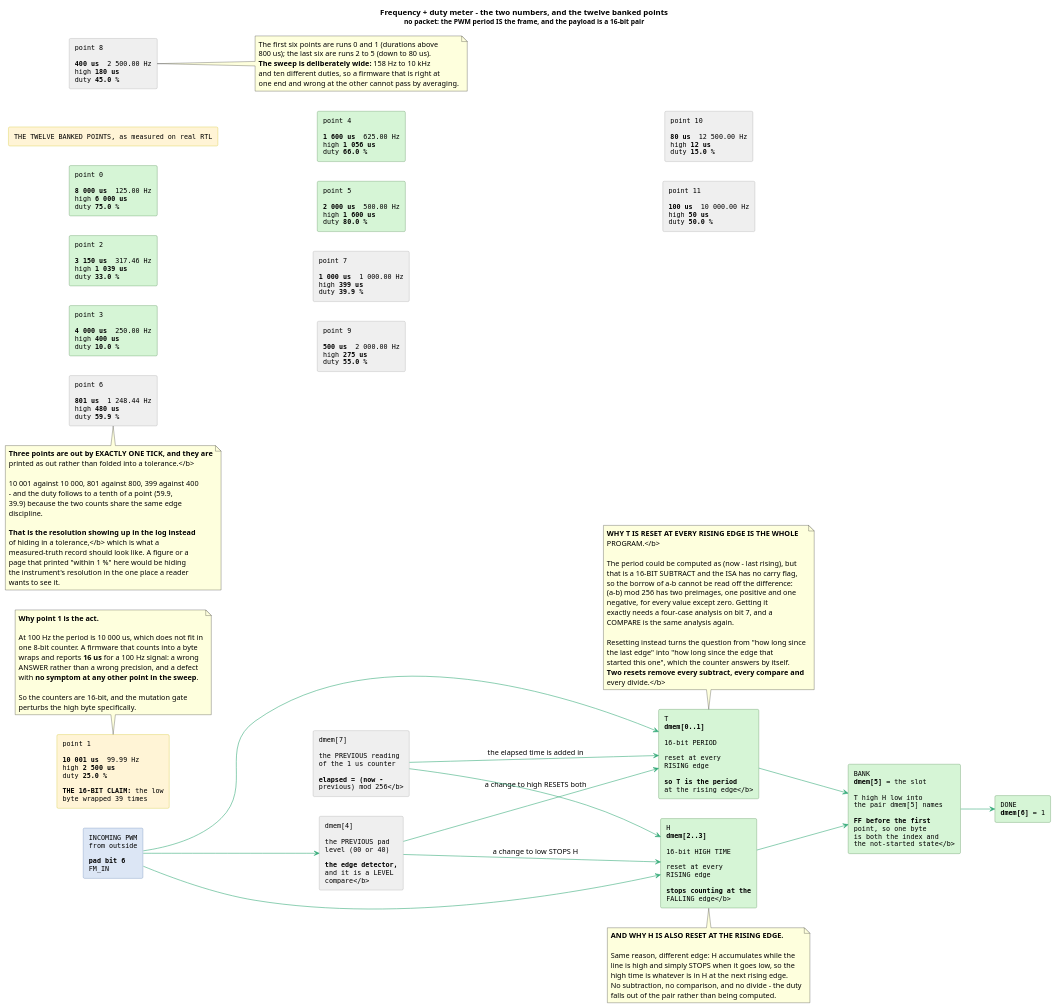
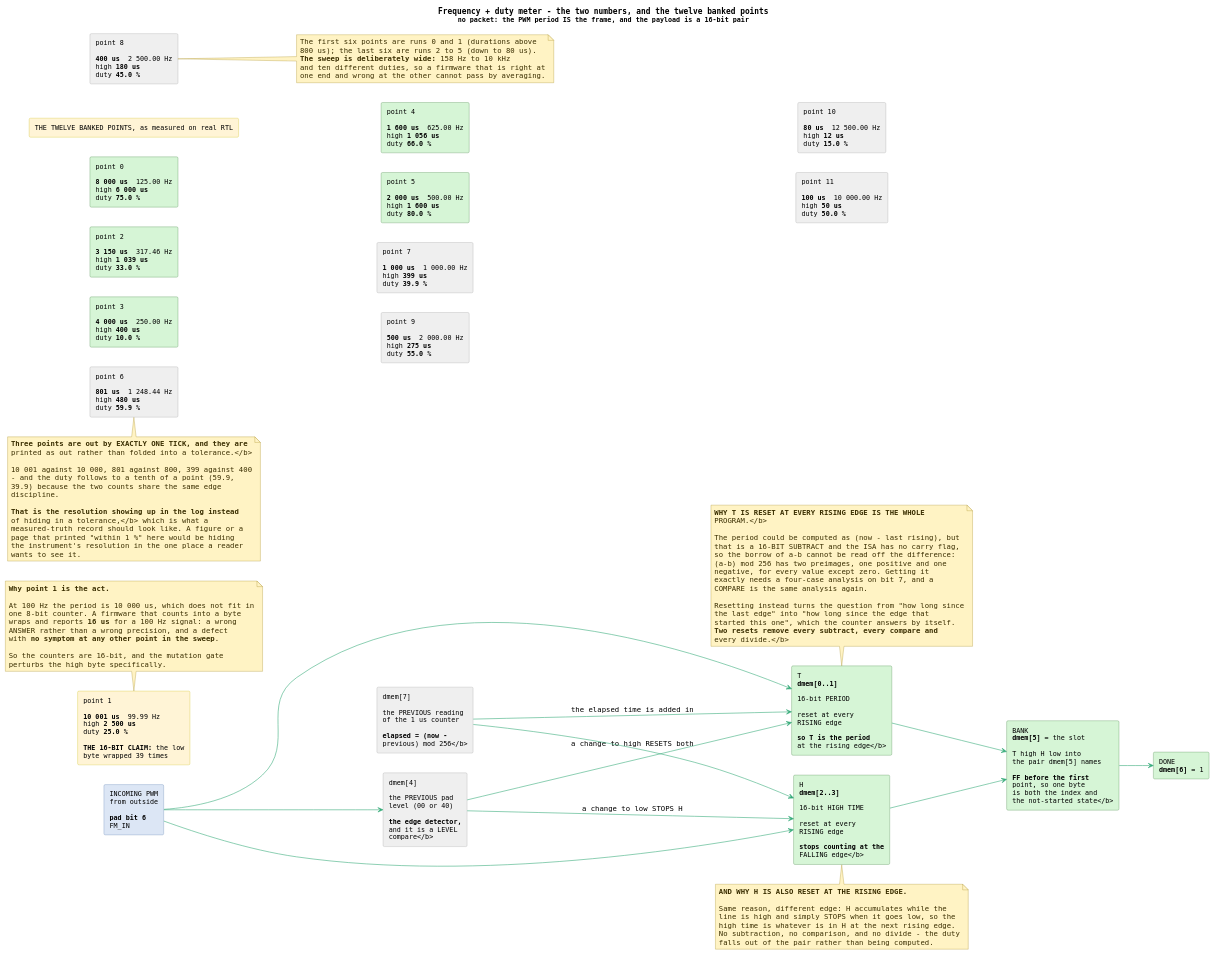
One commit to smprather/janestreet-blog-serial-protocol-emulator changed the diagram in diagrams/proto-freqmeter-frame.puml. Above: the diagram before and after it, drawn with PlantUML. The commit also changed 39 other files, not shown here.

First line of the commit message:
diagrams: close the #33555 class in the four families that merged AFTER the fix

```diff
--- a/diagrams/proto-freqmeter-frame.puml
+++ b/diagrams/proto-freqmeter-frame.puml
@@ -1,143 +1,147 @@
 @startuml proto-freqmeter-frame
+skinparam NoteBackgroundColor #FFF3C4
+skinparam NoteBorderColor #9A7B0A
+skinparam NoteFontColor #3A2E00
 ' ===========================================================================
 ' proto-freqmeter-frame.puml - (b) what a "frame" is here, and the dmem map.
 '
 ' There is no packet in this act, and drawing one would be the wrong picture.
 ' The incoming PWM IS the frame: a period with a high time inside it, and the
 ' only payload is the pair of 16-bit numbers the firmware recovers from it. So
 ' the breakout worth drawing is (1) the two numbers and where they live, and
 ' (2) the twelve banked points, because the 16-bit claim is only visible when
 ' the points are laid out together.
 ' ===========================================================================
 
 title Frequency + duty meter - the two numbers, and the twelve banked points\n<font size=12>no packet: the PWM period IS the frame, and the payload is a 16-bit pair</font>
+skinparam defaultFontName Monospaced
 
 left to right direction
 hide empty description
 hide stereotype
 skinparam shadowing false
 skinparam rectangle {
-  BorderColor #33555
+  BorderColor #4A6FA5
   FontName monospaced
   FontSize 12
 }
 skinparam rectangle<<in>> {
   BackgroundColor #DCE6F5
   BorderColor #5577AA
 }
 skinparam rectangle<<out>> {
   BackgroundColor #D6F5D6
   BorderColor #3A7A3A
 }
 skinparam rectangle<<w>> {
   BackgroundColor #EFEFEF
   BorderColor #999999
 }
 skinparam rectangle<<hi>> {
   BackgroundColor #FFF4D6
   BorderColor #C8B800
 }
 
 rectangle "INCOMING PWM\nfrom outside\n\n<b>pad bit 6</b>\nFM_IN" as PW <<in>>
 rectangle "T\n<b>dmem[0..1]</b>\n\n16-bit PERIOD\n\nreset at every\nRISING edge\n\n<b>so T is the period\nat the rising edge</b>" as T <<out>>
 rectangle "H\n<b>dmem[2..3]</b>\n\n16-bit HIGH TIME\n\nreset at every\nRISING edge\n\n<b>stops counting at the\nFALLING edge</b>" as H <<out>>
 rectangle "BANK\n<b>dmem[5]</b> = the slot\n\nT high H low into\nthe pair dmem[5] names\n\n<b>FF before the first\npoint, so one byte\nis both the index and\nthe not-started state</b>" as B <<out>>
 rectangle "DONE\n<b>dmem[6]</b> = 1" as D <<out>>
 
 rectangle "dmem[4]\n\nthe PREVIOUS pad\nlevel (00 or 40)\n\n<b>the edge detector,\nand it is a LEVEL\ncompare</b>" as P <<w>>
 rectangle "dmem[7]\n\nthe PREVIOUS reading\nof the 1 us counter\n\n<b>elapsed = (now -\nprevious) mod 256</b>" as Q <<w>>
 
 PW -[#3A7]-> T
 PW -[#3A7]-> H
 PW -[#3A7]-> P
 P -[#3A7]-> T : a change to high RESETS both
 P -[#3A7]-> H : a change to low STOPS H
 Q -[#3A7]-> T : the elapsed time is added in
 Q -[#3A7]-> H
 T -[#3A7]-> B
 H -[#3A7]-> B
 B -[#3A7]-> D
 
 note top of T
   <b>WHY T IS RESET AT EVERY RISING EDGE IS THE WHOLE
   PROGRAM.</b>
 
   The period could be computed as (now - last rising), but
   that is a 16-BIT SUBTRACT and the ISA has no carry flag,
   so the borrow of a-b cannot be read off the difference:
   (a-b) mod 256 has two preimages, one positive and one
   negative, for every value except zero. Getting it
   exactly needs a four-case analysis on bit 7, and a
   COMPARE is the same analysis again.
 
   Resetting instead turns the question from "how long since
   the last edge" into "how long since the edge that
   started this one", which the counter answers by itself.
   <b>Two resets remove every subtract, every compare and
   every divide.</b>
 end note
 
 note bottom of H
   <b>AND WHY H IS ALSO RESET AT THE RISING EDGE.</b>
 
   Same reason, different edge: H accumulates while the
   line is high and simply STOPS when it goes low, so the
   high time is whatever is in H at the next rising edge.
   No subtraction, no comparison, and no divide - the duty
   falls out of the pair rather than being computed.
 end note
 
 rectangle "THE TWELVE BANKED POINTS, as measured on real RTL" as HDR <<hi>>
 
 rectangle "point 0\n\n<b>8 000 us</b>  125.00 Hz\nhigh <b>6 000 us</b>\nduty <b>75.0 %</b>" as P0 <<out>>
 rectangle "point 1\n\n<b>10 001 us</b>  99.99 Hz\nhigh <b>2 500 us</b>\nduty <b>25.0 %</b>\n\n<b>THE 16-BIT CLAIM:</b> the low\nbyte wrapped 39 times" as P1 <<hi>>
 rectangle "point 2\n\n<b>3 150 us</b>  317.46 Hz\nhigh <b>1 039 us</b>\nduty <b>33.0 %</b>" as P2 <<out>>
 rectangle "point 3\n\n<b>4 000 us</b>  250.00 Hz\nhigh <b>400 us</b>\nduty <b>10.0 %</b>" as P3 <<out>>
 rectangle "point 4\n\n<b>1 600 us</b>  625.00 Hz\nhigh <b>1 056 us</b>\nduty <b>66.0 %</b>" as P4 <<out>>
 rectangle "point 5\n\n<b>2 000 us</b>  500.00 Hz\nhigh <b>1 600 us</b>\nduty <b>80.0 %</b>" as P5 <<out>>
 rectangle "point 6\n\n<b>801 us</b>  1 248.44 Hz\nhigh <b>480 us</b>\nduty <b>59.9 %</b>" as P6 <<w>>
 rectangle "point 7\n\n<b>1 000 us</b>  1 000.00 Hz\nhigh <b>399 us</b>\nduty <b>39.9 %</b>" as P7 <<w>>
 rectangle "point 8\n\n<b>400 us</b>  2 500.00 Hz\nhigh <b>180 us</b>\nduty <b>45.0 %</b>" as P8 <<w>>
 rectangle "point 9\n\n<b>500 us</b>  2 000.00 Hz\nhigh <b>275 us</b>\nduty <b>55.0 %</b>" as P9 <<w>>
 rectangle "point 10\n\n<b>80 us</b>  12 500.00 Hz\nhigh <b>12 us</b>\nduty <b>15.0 %</b>" as P10 <<w>>
 rectangle "point 11\n\n<b>100 us</b>  10 000.00 Hz\nhigh <b>50 us</b>\nduty <b>50.0 %</b>" as P11 <<w>>
 
 note top of P1
   <b>Why point 1 is the act.</b>
 
   At 100 Hz the period is 10 000 us, which does not fit in
   one 8-bit counter. A firmware that counts into a byte
   wraps and reports <b>16 us</b> for a 100 Hz signal: a wrong
   ANSWER rather than a wrong precision, and a defect
   with <b>no symptom at any other point in the sweep</b>.
 
   So the counters are 16-bit, and the mutation gate
   perturbs the high byte specifically.
 end note
 
 note bottom of P6
   <b>Three points are out by EXACTLY ONE TICK, and they are
   printed as out rather than folded into a tolerance.</b>
 
   10 001 against 10 000, 801 against 800, 399 against 400
   - and the duty follows to a tenth of a point (59.9,
   39.9) because the two counts share the same edge
   discipline.
 
   <b>That is the resolution showing up in the log instead
   of hiding in a tolerance,</b> which is what a
   measured-truth record should look like. A figure or a
   page that printed "within 1 %" here would be hiding
   the instrument's resolution in the one place a reader
   wants to see it.
 end note
 
 note right of P8
   The first six points are runs 0 and 1 (durations above
   800 us); the last six are runs 2 to 5 (down to 80 us).
   <b>The sweep is deliberately wide:</b> 158 Hz to 10 kHz
   and ten different duties, so a firmware that is right at
   one end and wrong at the other cannot pass by averaging.
 end note
 
 @enduml
```
